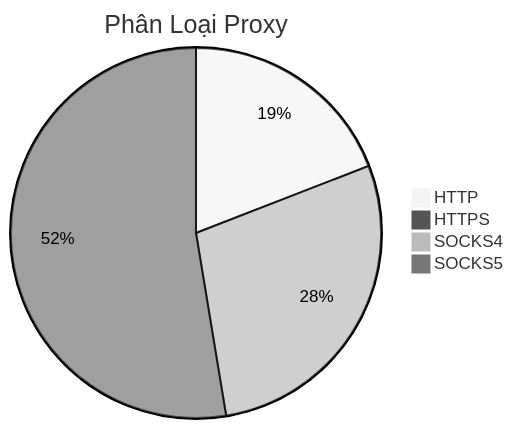
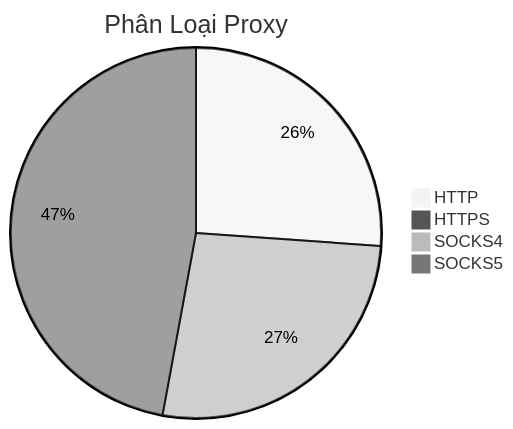
One commit to Ciara-Aa/PROXY-free changed the diagram in README.md. Above: the diagram before and after it, drawn with Mermaid (neutral theme). The commit also changed other lines of this file and 4 other files, not shown here.

````diff
--- a/README.md
+++ b/README.md
@@ -26,7 +26,7 @@
 ```mermaid
 pie title Phân Loại Proxy
-    "HTTP" : 154
-    "HTTPS" : 2
-    "SOCKS4" : 228
-    "SOCKS5" : 424
+    "HTTP" : 203
+    "HTTPS" : 0
+    "SOCKS4" : 208
+    "SOCKS5" : 366
 ```
````
